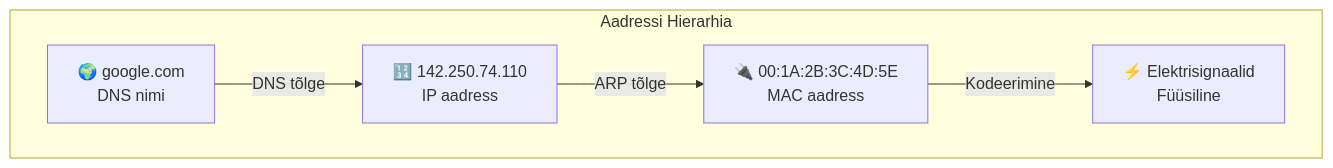
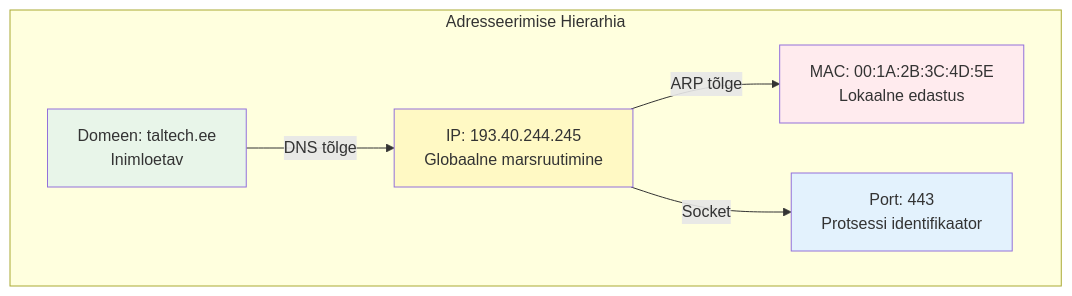
One commit to mtalvik/av_alused changed the third of 13 diagrams in Lecture/loeng2.md. Above: the diagram before and after it, drawn with Mermaid. The commit also changed other lines of this file, not shown here.

````diff
--- a/Lecture/loeng2.md
+++ b/Lecture/loeng2.md
@@ -170,13 +62,18 @@
 ```mermaid
-graph TB
-    subgraph "Aadressi Hierarhia"
-        A[🌍 google.com<br/>DNS nimi]
-        B[🔢 142.250.74.110<br/>IP aadress]
-        C[🔌 00:1A:2B:3C:4D:5E<br/>MAC aadress]
-        D[⚡ Elektrisignaalid<br/>Füüsiline]
+graph TD
+    subgraph "Adresseerimise Hierarhia"
+        A[Domeen: taltech.ee<br/>Inimloetav]
+        B[IP: 193.40.244.245<br/>Globaalne marsruutimine]
+        C[MAC: 00:1A:2B:3C:4D:5E<br/>Lokaalne edastus]
+        D[Port: 443<br/>Protsessi identifikaator]
     end
     
     A -->|DNS tõlge| B
     B -->|ARP tõlge| C
-    C -->|Kodeerimine| D
+    B -->|Socket| D
+    
+    style A fill:#e8f5e9
+    style B fill:#fff9c4
+    style C fill:#ffebee
+    style D fill:#e3f2fd
 ```
````
